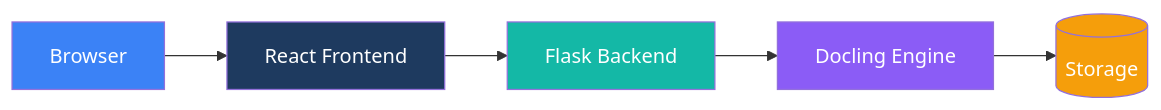
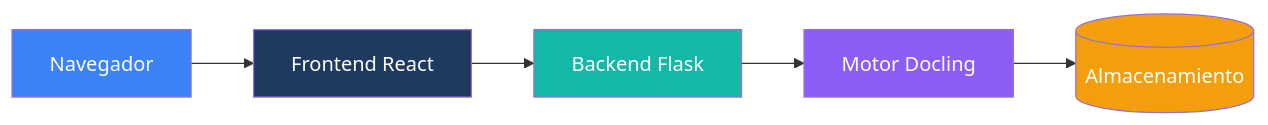
The diagram in docs/es/architecture/index.md (duckling-ui/duckling), drawn with Mermaid before and after one commit. The commit also changed 133 other files, not shown here.

````diff
--- a/docs/es/architecture/index.md
+++ b/docs/es/architecture/index.md
@@ -9,13 +9,13 @@
 ```mermaid
 graph LR
-    A[Browser] --> B[React Frontend]
-    B --> C[Flask Backend]
-    C --> D[Docling Engine]
-    D --> E[(Storage)]
+    A[Navegador] --> B[Frontend React]
+    B --> C[Backend Flask]
+    C --> D[Motor Docling]
+    D --> E[(Almacenamiento)]
 
     style A fill:#3b82f6,color:#fff
     style B fill:#1e3a5f,color:#fff
     style C fill:#14b8a6,color:#fff
     style D fill:#8b5cf6,color:#fff
     style E fill:#f59e0b,color:#fff
 ```
````
